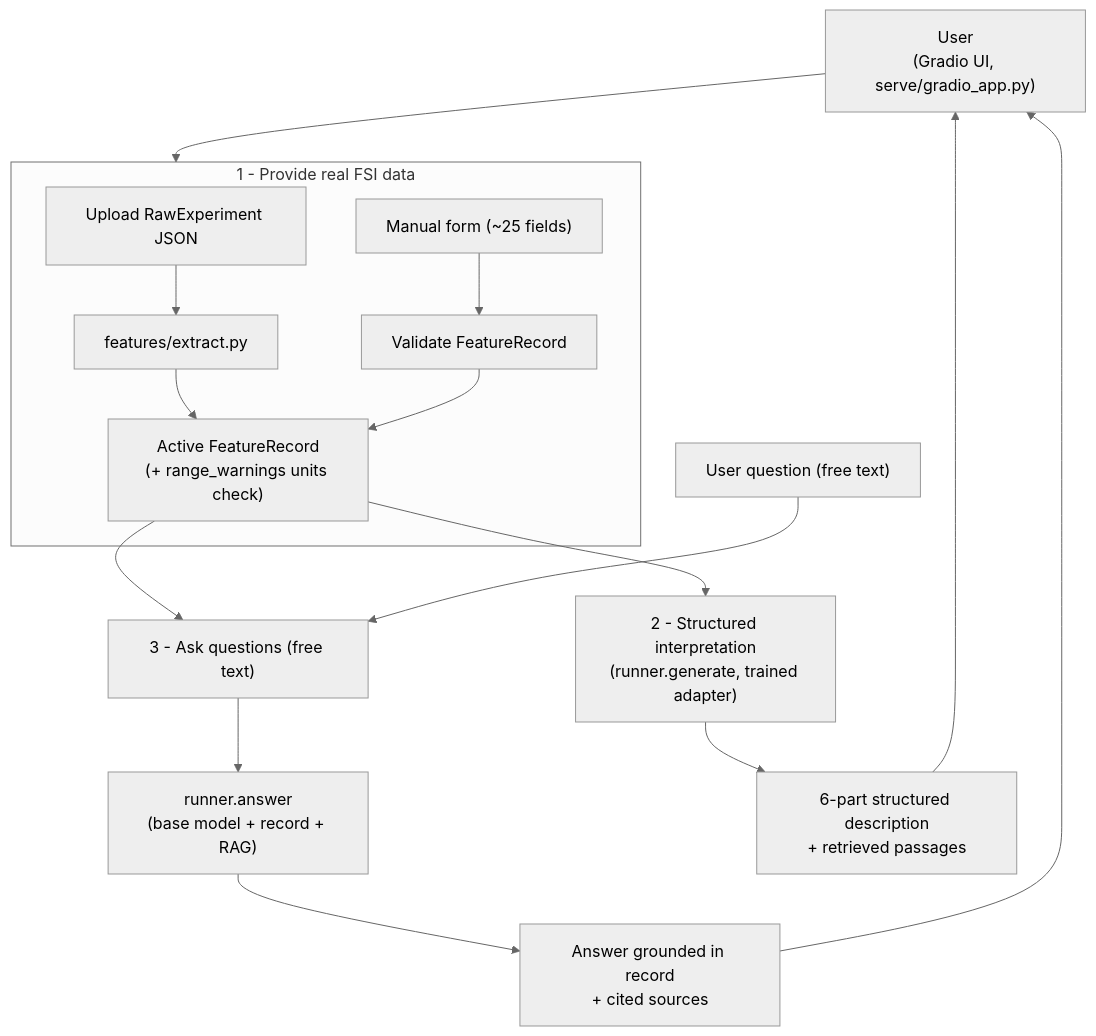
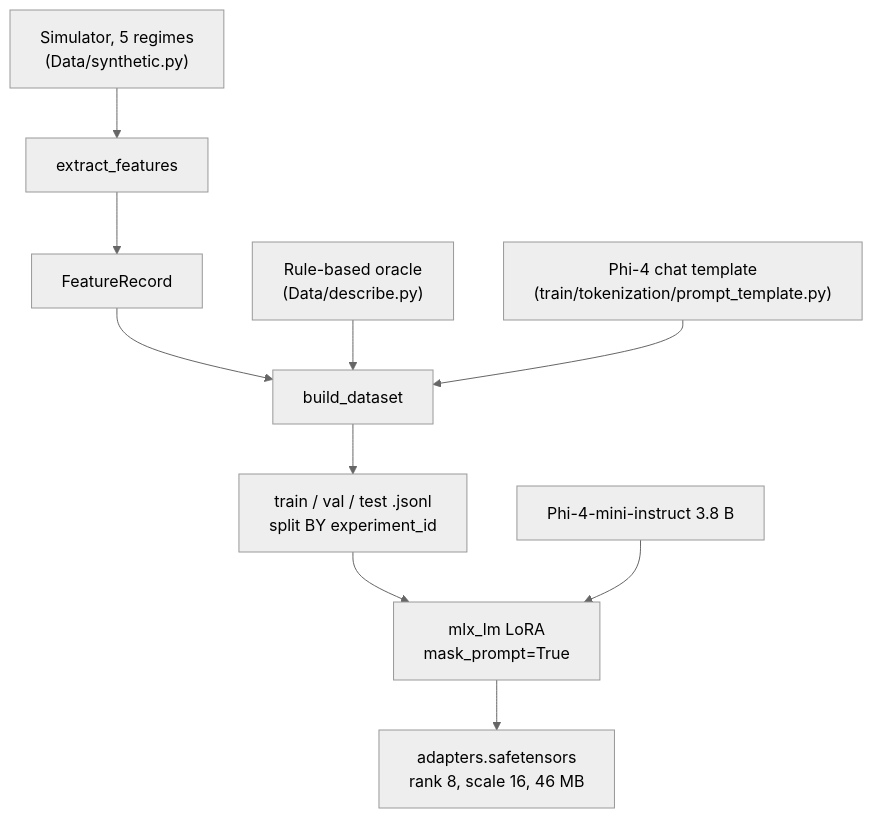
One commit to AngadKumar16/FSI-SLM changed the fifth of 8 diagrams in docs/workflow.md. Above: the diagram before and after it, drawn with Mermaid (neutral theme). The commit also changed other lines of this file and 43 other files, not shown here.

````diff
--- a/docs/workflow.md
+++ b/docs/workflow.md
@@ -102,23 +215,12 @@
 ```mermaid
 flowchart TB
-    U["User<br/>(Gradio UI, serve/gradio_app.py)"]
-
-    subgraph provide["1 - Provide real FSI data"]
-        UP["Upload RawExperiment JSON"] --> EX["features/extract.py"]
-        FORM["Manual form (~25 fields)"] --> VAL["Validate FeatureRecord"]
-        EX --> FRR["Active FeatureRecord<br/>(+ range_warnings units check)"]
-        VAL --> FRR
-    end
-
-    U --> provide
-
-    FRR --> STRUCT["2 - Structured interpretation<br/>(runner.generate, trained adapter)"]
-    FRR --> ASK["3 - Ask questions (free text)"]
-    Q["User question (free text)"] --> ASK
-    ASK --> ANS["runner.answer<br/>(base model + record + RAG)"]
-
-    STRUCT --> OUT1["6-part structured description<br/>+ retrieved passages"]
-    ANS --> OUT2["Answer grounded in record<br/>+ cited sources"]
-    OUT1 --> U
-    OUT2 --> U
+    S["Simulator, 5 regimes<br/>(Data/synthetic.py)"] --> FE["extract_features"]
+    FE --> FR["FeatureRecord"]
+    FR --> DS["build_dataset"]
+    OR["Rule-based oracle<br/>(Data/describe.py)"] --> DS
+    PT["Phi-4 chat template<br/>(train/tokenization/prompt_template.py)"] --> DS
+    DS --> J["train / val / test .jsonl<br/>split BY experiment_id"]
+    J --> T["mlx_lm LoRA<br/>mask_prompt=True"]
+    BASE["Phi-4-mini-instruct 3.8 B"] --> T
+    T --> A["adapters.safetensors<br/>rank 8, scale 16, 46 MB"]
 ```
````
